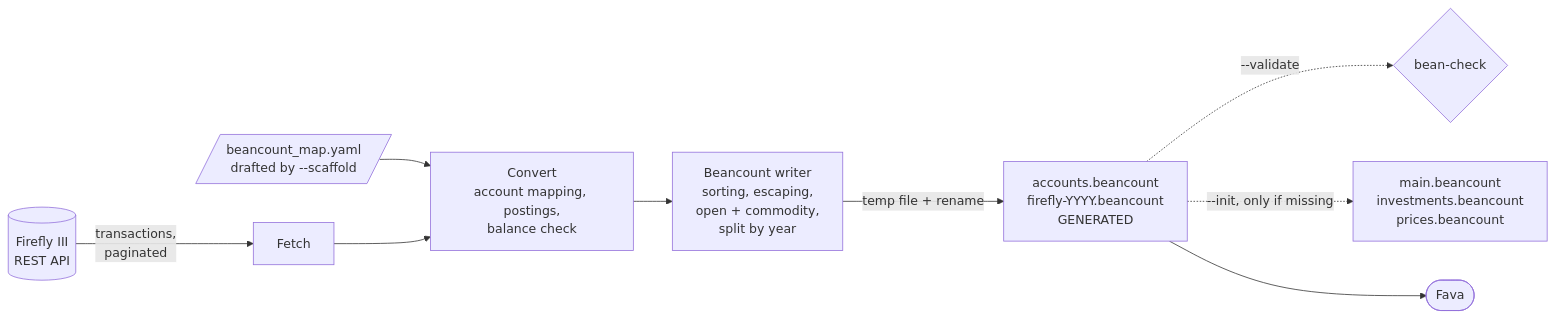
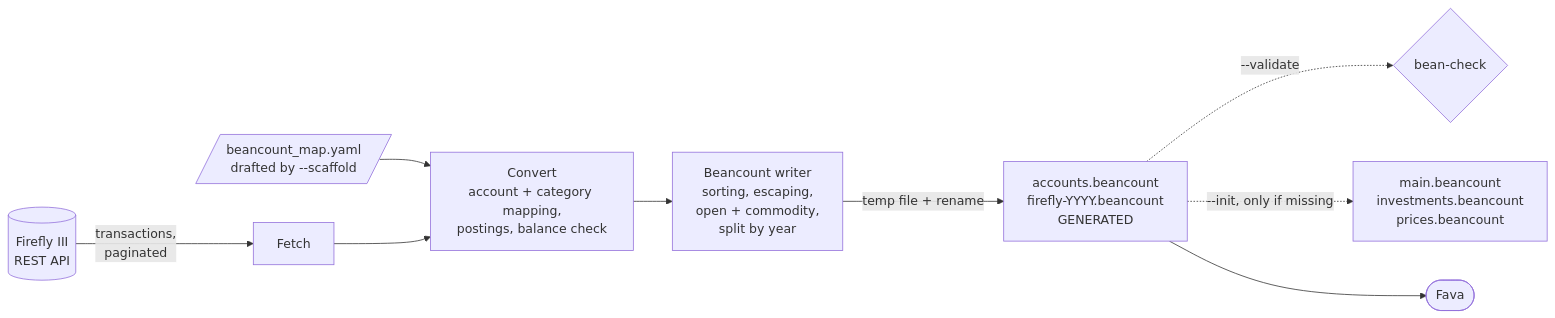
One commit to fran33git/firefly-reports changed the first of 9 diagrams in docs/wiki/Beancount-Export.md. Above: the diagram before and after it, drawn with Mermaid. The commit also changed other lines of this file and 13 other files, not shown here.

````diff
--- a/docs/wiki/Beancount-Export.md
+++ b/docs/wiki/Beancount-Export.md
@@ -51,11 +65,11 @@
 ```mermaid
 flowchart LR
     FF[("Firefly III<br/>REST API")] -->|"transactions,<br/>paginated"| FETCH["Fetch"]
     MAP[/"beancount_map.yaml<br/>drafted by --scaffold"/] --> CONV
-    FETCH --> CONV["Convert<br/>account mapping, postings,<br/>balance check"]
+    FETCH --> CONV["Convert<br/>account + category mapping,<br/>postings, balance check"]
     CONV --> WRITE["Beancount writer<br/>sorting, escaping,<br/>open + commodity,<br/>split by year"]
     WRITE -->|"temp file + rename"| OUT["accounts.beancount<br/>firefly-YYYY.beancount<br/>GENERATED"]
     OUT -.->|"--validate"| BC{"bean-check"}
     OUT -.->|"--init, only if missing"| MAIN["main.beancount<br/>investments.beancount<br/>prices.beancount"]
     OUT --> FAVA(["Fava"])
 ```
````
